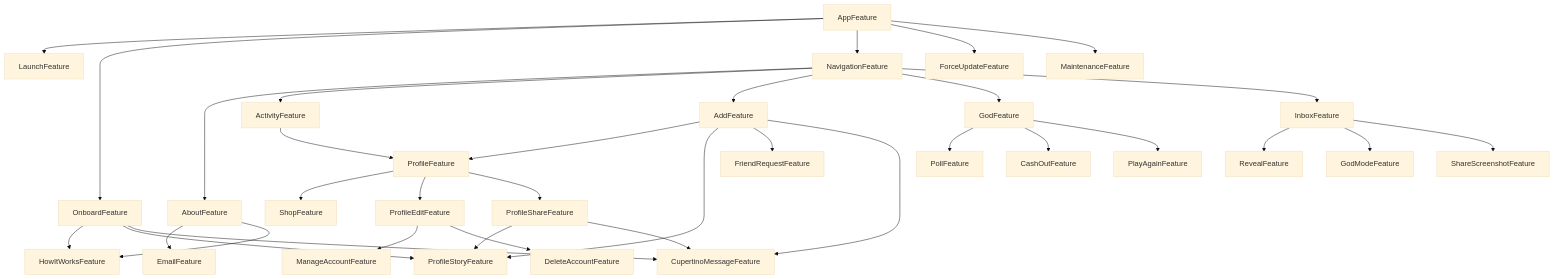
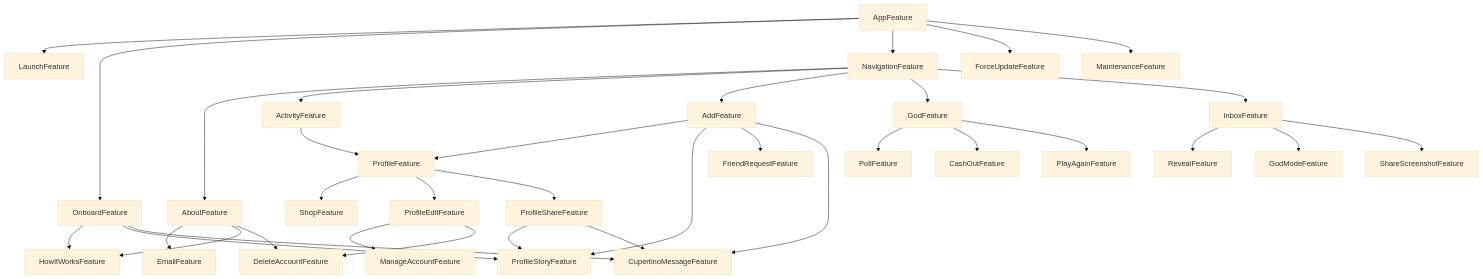
Before and after one commit to 0x1-company/god-ios: the diagram in Packages/GodPackage/README.md, drawn with Mermaid (base theme). The commit also changed 1 other file, not shown here.

Commit message:
chore: 🤖 dgraph

````diff
--- a/Packages/GodPackage/README.md
+++ b/Packages/GodPackage/README.md
@@ -6,36 +6,37 @@
 ```mermaid
 graph TD;
     AboutFeature-->EmailFeature;
     AboutFeature-->HowItWorksFeature;
+    AboutFeature-->DeleteAccountFeature;
     ActivityFeature-->ProfileFeature;
     AddFeature-->ProfileFeature;
     AddFeature-->ProfileStoryFeature;
     AddFeature-->FriendRequestFeature;
     AddFeature-->CupertinoMessageFeature;
     AppFeature-->LaunchFeature;
     AppFeature-->OnboardFeature;
     AppFeature-->NavigationFeature;
     AppFeature-->ForceUpdateFeature;
     AppFeature-->MaintenanceFeature;
     GodFeature-->PollFeature;
     GodFeature-->CashOutFeature;
     GodFeature-->PlayAgainFeature;
     InboxFeature-->RevealFeature;
     InboxFeature-->GodModeFeature;
     InboxFeature-->ShareScreenshotFeature;
     NavigationFeature-->AboutFeature;
     NavigationFeature-->ActivityFeature;
     NavigationFeature-->AddFeature;
     NavigationFeature-->GodFeature;
     NavigationFeature-->InboxFeature;
     OnboardFeature-->HowItWorksFeature;
     OnboardFeature-->ProfileStoryFeature;
     OnboardFeature-->CupertinoMessageFeature;
     ProfileEditFeature-->ManageAccountFeature;
     ProfileEditFeature-->DeleteAccountFeature;
     ProfileFeature-->ShopFeature;
     ProfileFeature-->ProfileEditFeature;
     ProfileFeature-->ProfileShareFeature;
     ProfileShareFeature-->ProfileStoryFeature;
     ProfileShareFeature-->CupertinoMessageFeature;
 ```
````
